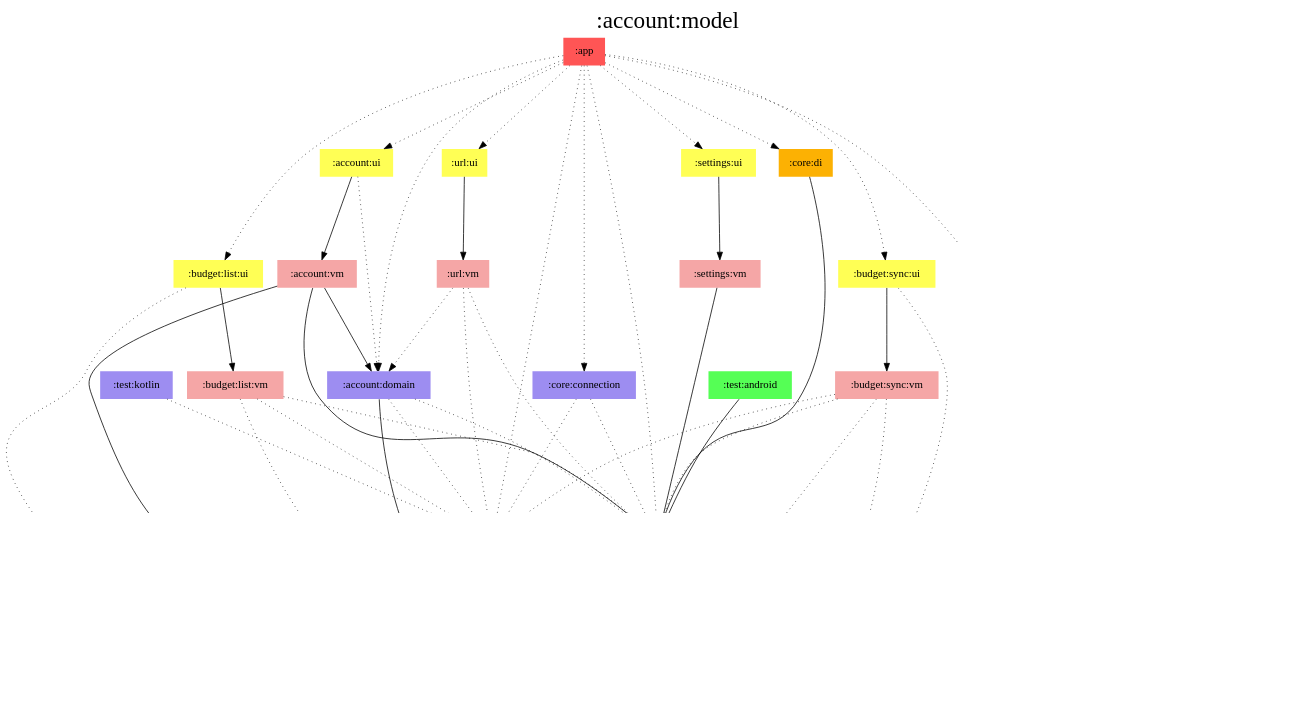
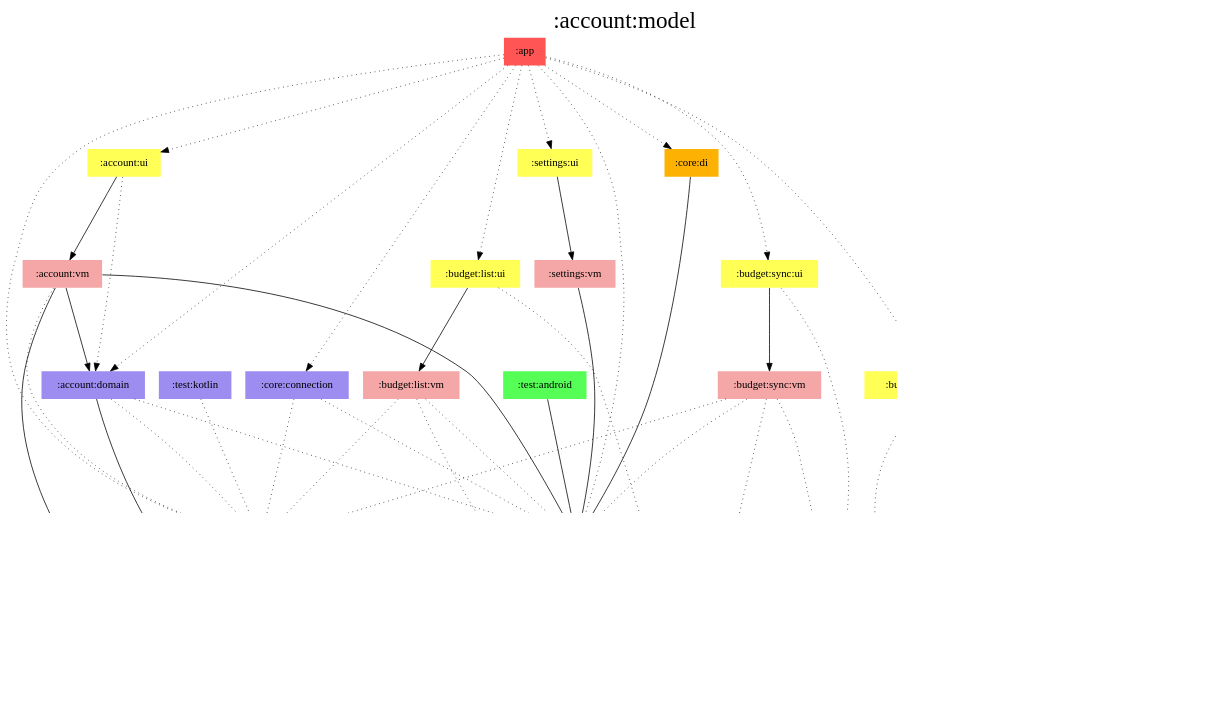
The diagram in modules/account/model/modules.dot (jonapoul/aktual), drawn with Graphviz before and after one commit. The commit also changed 58 other files, not shown here.

Commit message:
Merge url into account

```diff
--- a/modules/account/model/modules.dot
+++ b/modules/account/model/modules.dot
@@ -1,93 +1,87 @@
 digraph {
 edge ["dir"="forward"]
 graph ["dpi"="100","label"=":account:model","labelloc"="t","fontsize"="30","ranksep"="1.5","rankdir"="TB"]
 node ["style"="filled"]
 ":account:domain" ["fillcolor"="#9D8DF1","shape"="none"]
 ":account:model" ["fillcolor"="#9D8DF1","color"="black","penwidth"="3","shape"="box"]
 ":account:ui" ["fillcolor"="#FFFF55","shape"="none"]
 ":account:vm" ["fillcolor"="#F5A6A6","shape"="none"]
 ":api:actual" ["fillcolor"="#9D8DF1","shape"="none"]
 ":app" ["fillcolor"="#FF5555","shape"="none"]
 ":budget:encryption" ["fillcolor"="#9D8DF1","shape"="none"]
 ":budget:list:ui" ["fillcolor"="#FFFF55","shape"="none"]
 ":budget:list:vm" ["fillcolor"="#F5A6A6","shape"="none"]
 ":budget:sync:ui" ["fillcolor"="#FFFF55","shape"="none"]
 ":budget:sync:vm" ["fillcolor"="#F5A6A6","shape"="none"]
 ":budget:transactions:ui" ["fillcolor"="#FFFF55","shape"="none"]
 ":budget:transactions:vm" ["fillcolor"="#F5A6A6","shape"="none"]
 ":core:connection" ["fillcolor"="#9D8DF1","shape"="none"]
 ":core:di" ["fillcolor"="#FCB103","shape"="none"]
 ":prefs" ["fillcolor"="#9D8DF1","shape"="none"]
 ":settings:ui" ["fillcolor"="#FFFF55","shape"="none"]
 ":settings:vm" ["fillcolor"="#F5A6A6","shape"="none"]
 ":test:android" ["fillcolor"="#55FF55","shape"="none"]
 ":test:kotlin" ["fillcolor"="#9D8DF1","shape"="none"]
-":url:ui" ["fillcolor"="#FFFF55","shape"="none"]
-":url:vm" ["fillcolor"="#F5A6A6","shape"="none"]
 {
 edge ["dir"="none"]
 graph ["rank"="same"]
 ":account:model"
 }
 ":account:domain" -> ":account:model"
 ":account:domain" -> ":api:actual" ["style"="dotted"]
 ":account:domain" -> ":prefs" ["style"="dotted"]
 ":account:ui" -> ":account:domain" ["style"="dotted"]
 ":account:ui" -> ":account:vm"
 ":account:vm" -> ":account:domain"
 ":account:vm" -> ":account:model"
+":account:vm" -> ":api:actual" ["style"="dotted"]
 ":account:vm" -> ":prefs"
 ":api:actual" -> ":account:model"
 ":app" -> ":account:domain" ["style"="dotted"]
 ":app" -> ":account:ui" ["style"="dotted"]
 ":app" -> ":api:actual" ["style"="dotted"]
 ":app" -> ":budget:list:ui" ["style"="dotted"]
 ":app" -> ":budget:sync:ui" ["style"="dotted"]
 ":app" -> ":budget:transactions:ui" ["style"="dotted"]
 ":app" -> ":core:connection" ["style"="dotted"]
 ":app" -> ":core:di" ["style"="dotted"]
 ":app" -> ":prefs" ["style"="dotted"]
 ":app" -> ":settings:ui" ["style"="dotted"]
-":app" -> ":url:ui" ["style"="dotted"]
 ":budget:encryption" -> ":account:model"
 ":budget:list:ui" -> ":account:model" ["style"="dotted"]
 ":budget:list:ui" -> ":budget:list:vm"
 ":budget:list:vm" -> ":account:model" ["style"="dotted"]
 ":budget:list:vm" -> ":api:actual" ["style"="dotted"]
 ":budget:list:vm" -> ":prefs" ["style"="dotted"]
 ":budget:sync:ui" -> ":account:model" ["style"="dotted"]
 ":budget:sync:ui" -> ":budget:sync:vm"
 ":budget:sync:vm" -> ":account:model" ["style"="dotted"]
 ":budget:sync:vm" -> ":api:actual" ["style"="dotted"]
 ":budget:sync:vm" -> ":budget:encryption" ["style"="dotted"]
 ":budget:sync:vm" -> ":prefs" ["style"="dotted"]
 ":budget:transactions:ui" -> ":account:model" ["style"="dotted"]
 ":budget:transactions:ui" -> ":budget:transactions:vm"
 ":budget:transactions:vm" -> ":account:model" ["style"="dotted"]
 ":core:connection" -> ":api:actual" ["style"="dotted"]
 ":core:connection" -> ":prefs" ["style"="dotted"]
 ":core:di" -> ":prefs"
 ":prefs" -> ":account:model"
 ":settings:ui" -> ":settings:vm"
 ":settings:vm" -> ":prefs"
 ":test:android" -> ":prefs"
 ":test:kotlin" -> ":api:actual" ["style"="dotted"]
-":url:ui" -> ":url:vm"
-":url:vm" -> ":account:domain" ["style"="dotted"]
-":url:vm" -> ":api:actual" ["style"="dotted"]
-":url:vm" -> ":prefs" ["style"="dotted"]
 subgraph "cluster_legend" {
 edge ["dir"="none"]
 graph ["label"="Legend","fontsize"="20"]
 "Legend" ["style"="filled","fillcolor"="#FFFFFF","shape"="none","margin"="0","fontsize"="15","label"=<
 <TABLE BORDER="0" CELLBORDER="0" CELLSPACING="0" CELLPADDING="4">
 <TR><TD>App</TD><TD BGCOLOR="#FF5555">module-name</TD></TR>
 <TR><TD>ViewModel</TD><TD BGCOLOR="#F5A6A6">module-name</TD></TR>
 <TR><TD>Hilt</TD><TD BGCOLOR="#FCB103">module-name</TD></TR>
 <TR><TD>Compose</TD><TD BGCOLOR="#FFFF55">module-name</TD></TR>
 <TR><TD>Android</TD><TD BGCOLOR="#55FF55">module-name</TD></TR>
 <TR><TD>Multiplatform</TD><TD BGCOLOR="#9D8DF1">module-name</TD></TR>
 </TABLE>
 >]
 } -> ":account:model" ["style"="invis"]
 }
```
